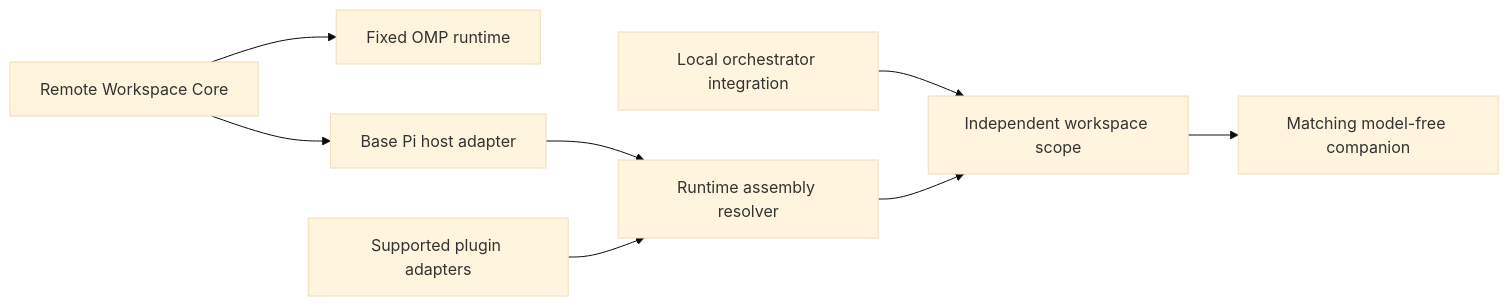
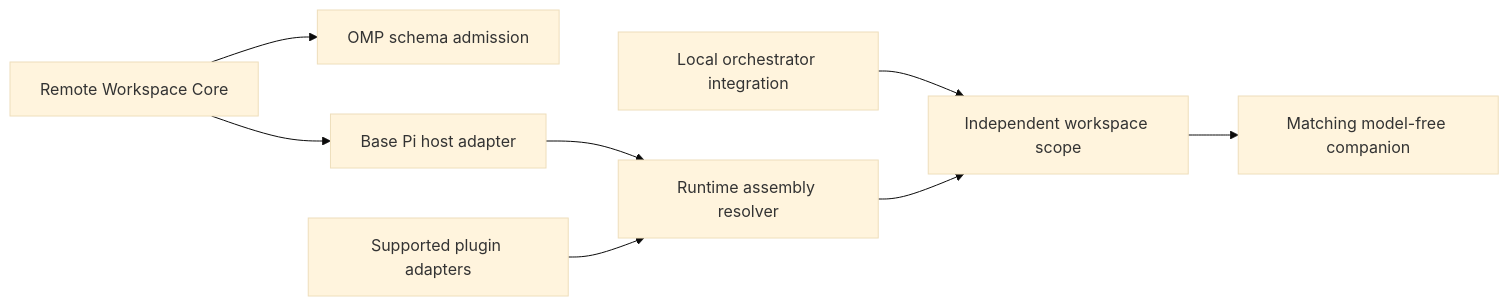
Before and after one commit to fuyao66/omp-ssh-remote: the diagram in README.md, drawn with Mermaid (base theme). The commit also changed other lines of this file and 19 other files, not shown here.

First line of the commit message:
feat(omp): admit remote companions by schema, not version pin

````diff
--- a/README.md
+++ b/README.md
@@ -60,10 +60,10 @@
 ```mermaid
 flowchart LR
-  Core[Remote Workspace Core] --> OMP[Fixed OMP runtime]
+  Core[Remote Workspace Core] --> OMP[OMP schema admission]
   Core --> PiHost[Base Pi host adapter]
   PiHost --> Resolver[Runtime assembly resolver]
   PluginAdapters[Supported plugin adapters] --> Resolver
   Integration[Local orchestrator integration] --> Scope[Independent workspace scope]
   Resolver --> Scope
   Scope --> Companion[Matching model-free companion]
 ```
````
